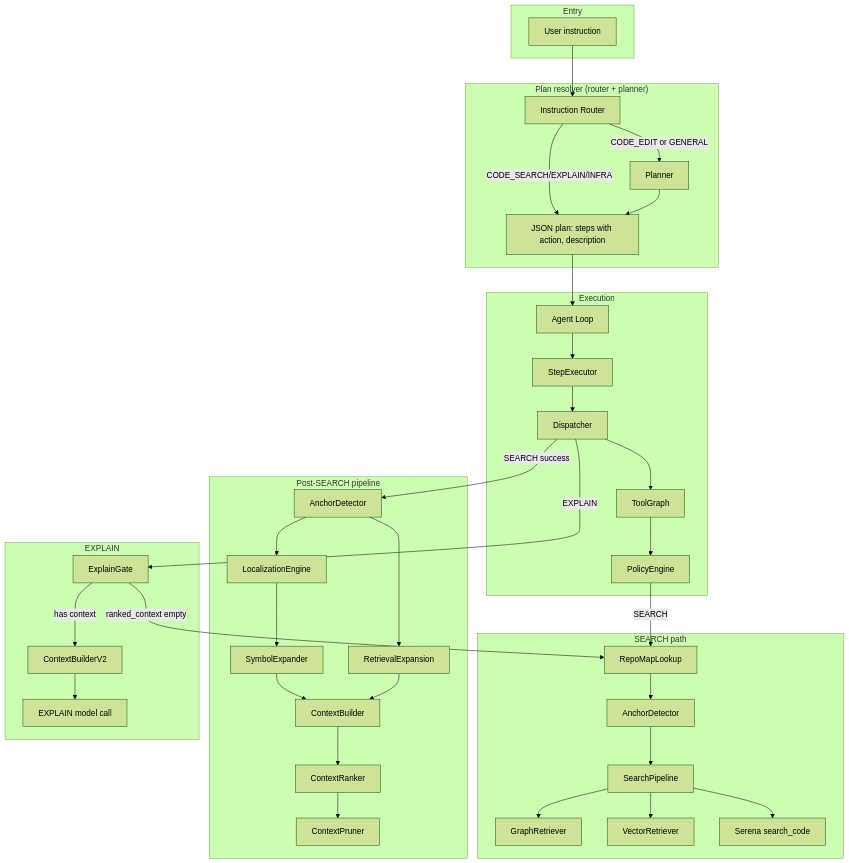
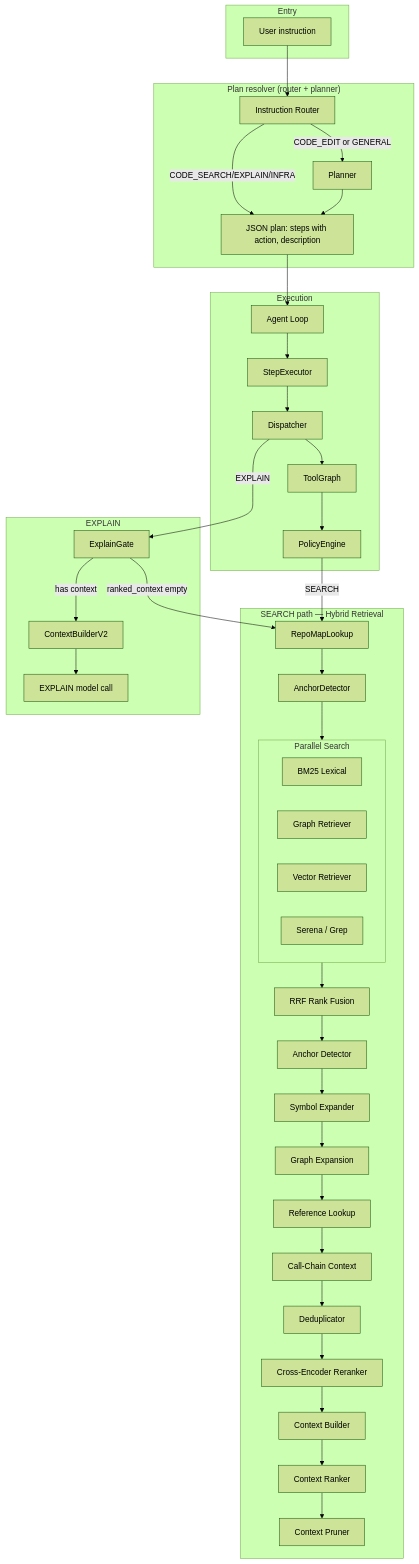
The diagram in README.md (Pugsy-Explores/AutoStudio), drawn with Mermaid (forest theme) before and after one commit. The commit also changed other lines of this file and 9 other files, not shown here.

First line of the commit message:
docs: add architecture, retrieval, observability, integration docs

````diff
--- a/README.md
+++ b/README.md
@@ -38,73 +38,76 @@
 ```mermaid
 flowchart TB
     subgraph Entry
         User[User instruction]
     end
 
     subgraph PlanResolver["Plan resolver (router + planner)"]
         InstructionRouter[Instruction Router]
         Planner[Planner]
         Plan[JSON plan: steps with action, description]
     end
 
     subgraph Execution
         Loop[Agent Loop]
         Exec[StepExecutor]
         Dispatch[Dispatcher]
         ToolGraph[ToolGraph]
         Policy[PolicyEngine]
     end
 
-    subgraph SearchPath["SEARCH path"]
+    subgraph SearchPath["SEARCH path — Hybrid Retrieval"]
         RepoMapLookup[RepoMapLookup]
         AnchorDetector1[AnchorDetector]
-        SearchPipeline[SearchPipeline]
-        GraphRetriever[GraphRetriever]
-        VectorRetriever[VectorRetriever]
-        SerenaGrep[Serena search_code]
-    end
-
-    subgraph PostSearch["Post-SEARCH pipeline"]
-        AnchorDetector2[AnchorDetector]
-        LocalizationEngine[LocalizationEngine]
-        SymbolExpander[SymbolExpander]
-        Expand[RetrievalExpansion]
-        ContextBuilder[ContextBuilder]
-        Ranker[ContextRanker]
-        Pruner[ContextPruner]
+        subgraph ParallelSearch [Parallel Search]
+            BM25[BM25 Lexical]
+            GraphRetriever[Graph Retriever]
+            VectorRetriever[Vector Retriever]
+            SerenaGrep[Serena / Grep]
+        end
+        RRF[RRF Rank Fusion]
+        AnchorDetector2[Anchor Detector]
+        SymbolExpander[Symbol Expander]
+        GraphExpansion[Graph Expansion]
+        ReferenceLookup[Reference Lookup]
+        CallChain[Call-Chain Context]
+        Deduplicator[Deduplicator]
+        Reranker[Cross-Encoder Reranker]
+        ContextBuilder[Context Builder]
+        Ranker[Context Ranker]
+        Pruner[Context Pruner]
     end
 
     subgraph ExplainPath["EXPLAIN"]
         ExplainGate[ExplainGate]
         ContextBuilderV2[ContextBuilderV2]
         Explain[EXPLAIN model call]
     end
 
     User --> InstructionRouter
     InstructionRouter -->|CODE_EDIT or GENERAL| Planner
     InstructionRouter -->|CODE_SEARCH/EXPLAIN/INFRA| Plan
     Planner --> Plan
     Plan --> Loop
     Loop --> Exec
     Exec --> Dispatch
     Dispatch --> ToolGraph
     ToolGraph --> Policy
     Policy -->|SEARCH| RepoMapLookup
     RepoMapLookup --> AnchorDetector1
-    AnchorDetector1 --> SearchPipeline
-    SearchPipeline --> GraphRetriever
-    SearchPipeline --> VectorRetriever
-    SearchPipeline --> SerenaGrep
-    Dispatch -->|SEARCH success| AnchorDetector2
-    AnchorDetector2 --> LocalizationEngine
-    LocalizationEngine --> SymbolExpander
-    AnchorDetector2 --> Expand
-    SymbolExpander --> ContextBuilder
-    Expand --> ContextBuilder
+    AnchorDetector1 --> ParallelSearch
+    ParallelSearch --> RRF
+    RRF --> AnchorDetector2
+    AnchorDetector2 --> SymbolExpander
+    SymbolExpander --> GraphExpansion
+    GraphExpansion --> ReferenceLookup
+    ReferenceLookup --> CallChain
+    CallChain --> Deduplicator
+    Deduplicator --> Reranker
+    Reranker --> ContextBuilder
     ContextBuilder --> Ranker
     Ranker --> Pruner
     Dispatch -->|EXPLAIN| ExplainGate
     ExplainGate -->|ranked_context empty| RepoMapLookup
     ExplainGate -->|has context| ContextBuilderV2
     ContextBuilderV2 --> Explain
 ```
````
